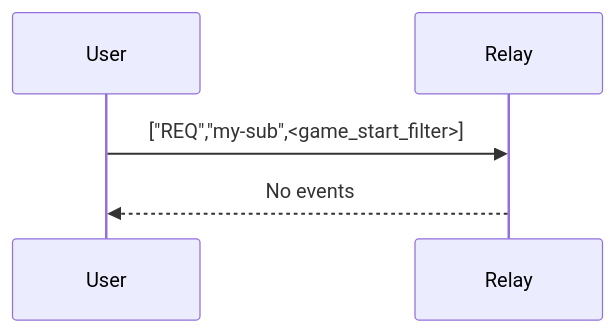
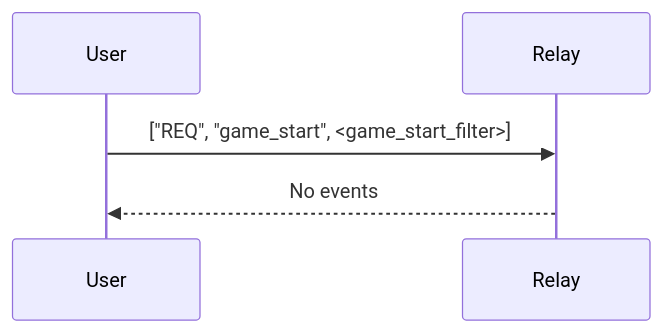
Before and after one commit to jesterui/jesterui: the first of 5 diagrams in pgnr-ui/FLOW.md, drawn with Mermaid. The commit also changed other lines of this file and 1 other file, not shown here.

````diff
--- a/pgnr-ui/FLOW.md
+++ b/pgnr-ui/FLOW.md
@@ -18,5 +84,5 @@
 ```mermaid
 sequenceDiagram
-    User->>Relay:  ["REQ","my-sub",<game_start_filter>]
+    User->>Relay:  ["REQ", "game_start", <game_start_filter>]
     Relay-->>User: No events
 ```
````
